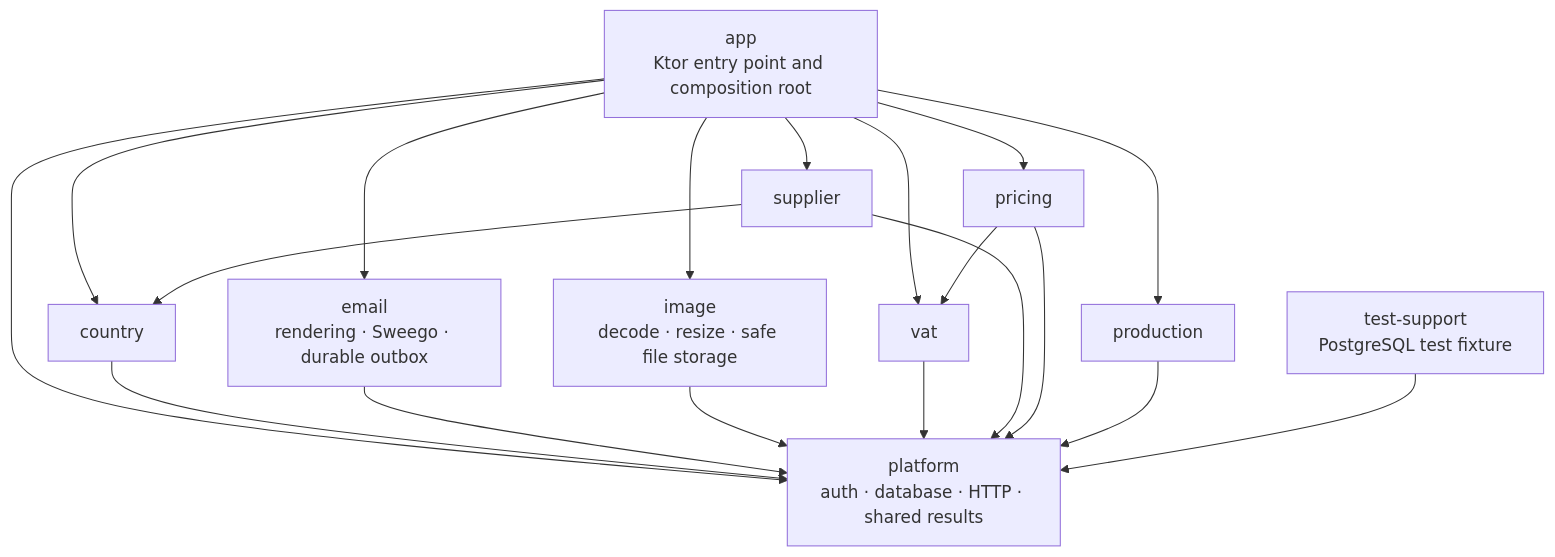
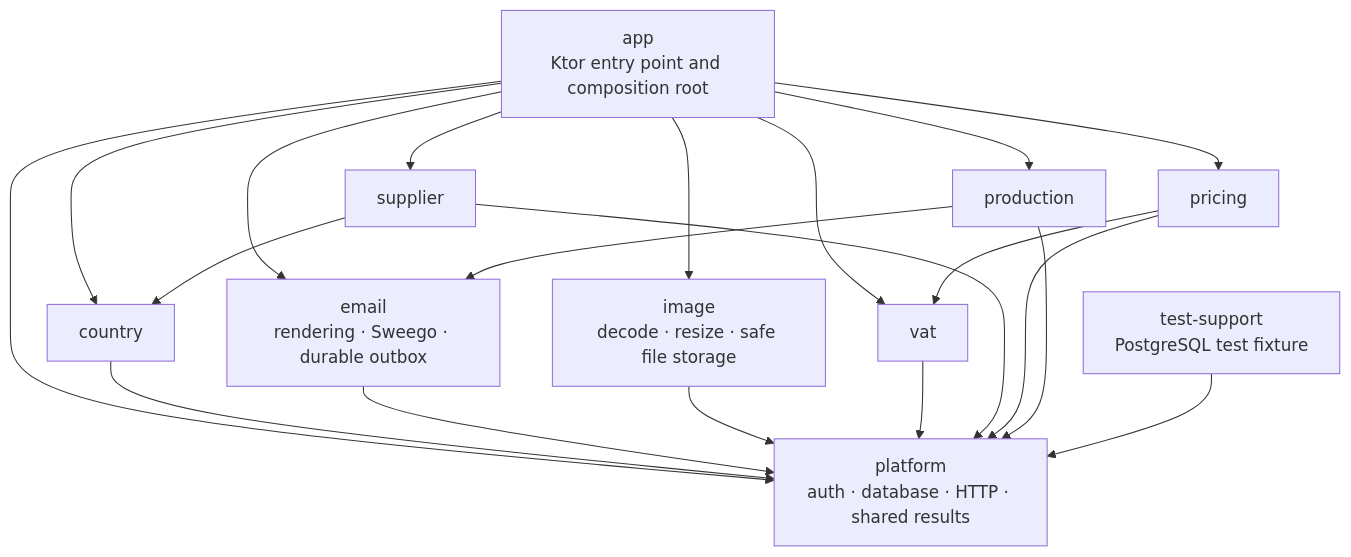
Before and after one commit to bitstorm-tech/voenix-shop-kotlin: the diagram in docs/dev/backend/module-architecture.md, drawn with Mermaid. The commit also changed other lines of this file and 22 other files, not shown here.

````diff
--- a/docs/dev/backend/module-architecture.md
+++ b/docs/dev/backend/module-architecture.md
@@ -34,32 +34,33 @@
 ```mermaid
 flowchart TD
     App["app<br/>Ktor entry point and composition root"]
     Platform["platform<br/>auth · database · HTTP · shared results"]
     Country["country"]
     Email["email<br/>rendering · Sweego · durable outbox"]
     Image["image<br/>decode · resize · safe file storage"]
     Vat["vat"]
     Supplier["supplier"]
     Pricing["pricing"]
     Production["production"]
     TestSupport["test-support<br/>PostgreSQL test fixture"]
 
     App --> Platform
     App --> Country
     App --> Email
     App --> Image
     App --> Vat
     App --> Supplier
     App --> Pricing
     App --> Production
     Country --> Platform
     Email --> Platform
     Image --> Platform
     Vat --> Platform
     Supplier --> Platform
     Supplier --> Country
     Pricing --> Platform
     Pricing --> Vat
     Production --> Platform
+    Production --> Email
     TestSupport --> Platform
 ```
````
